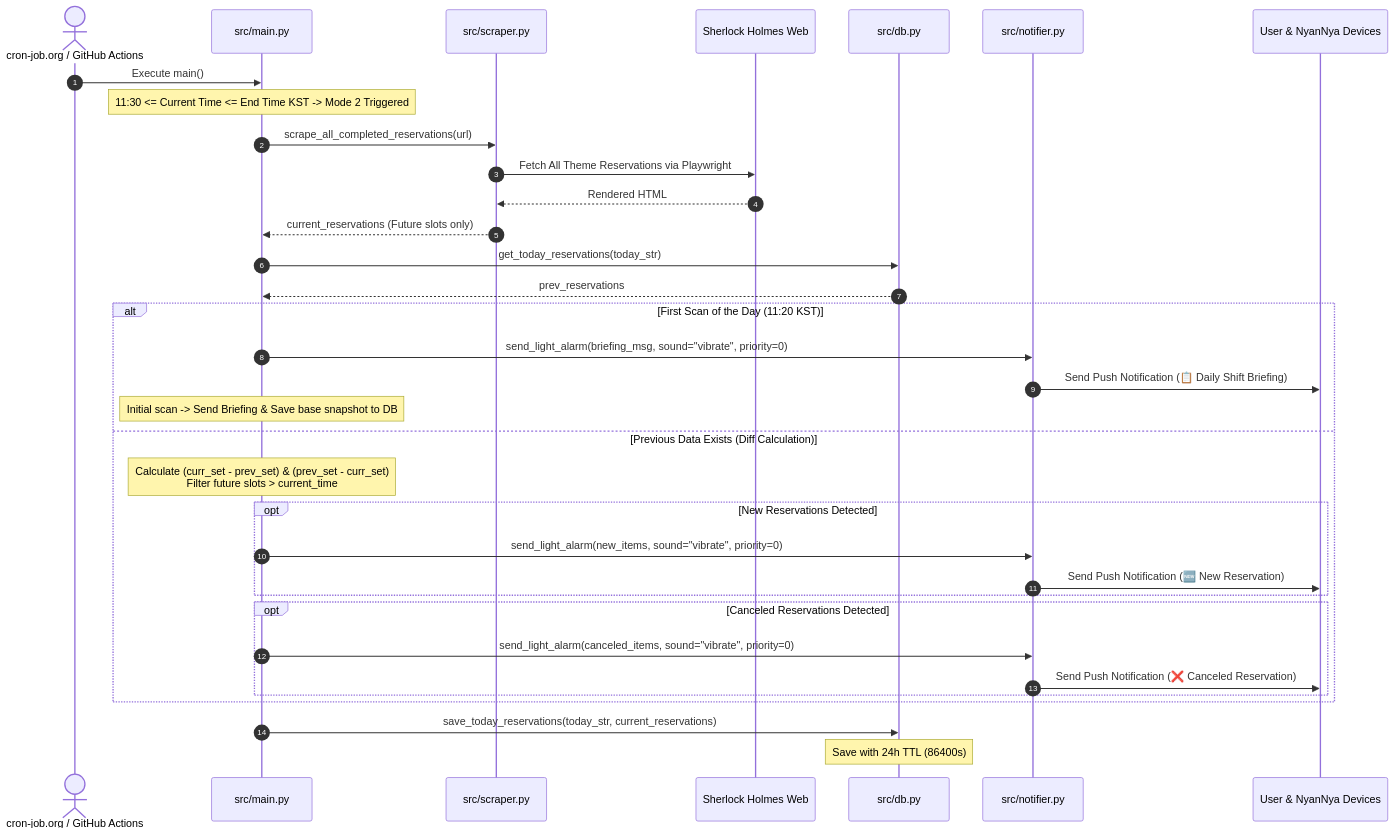
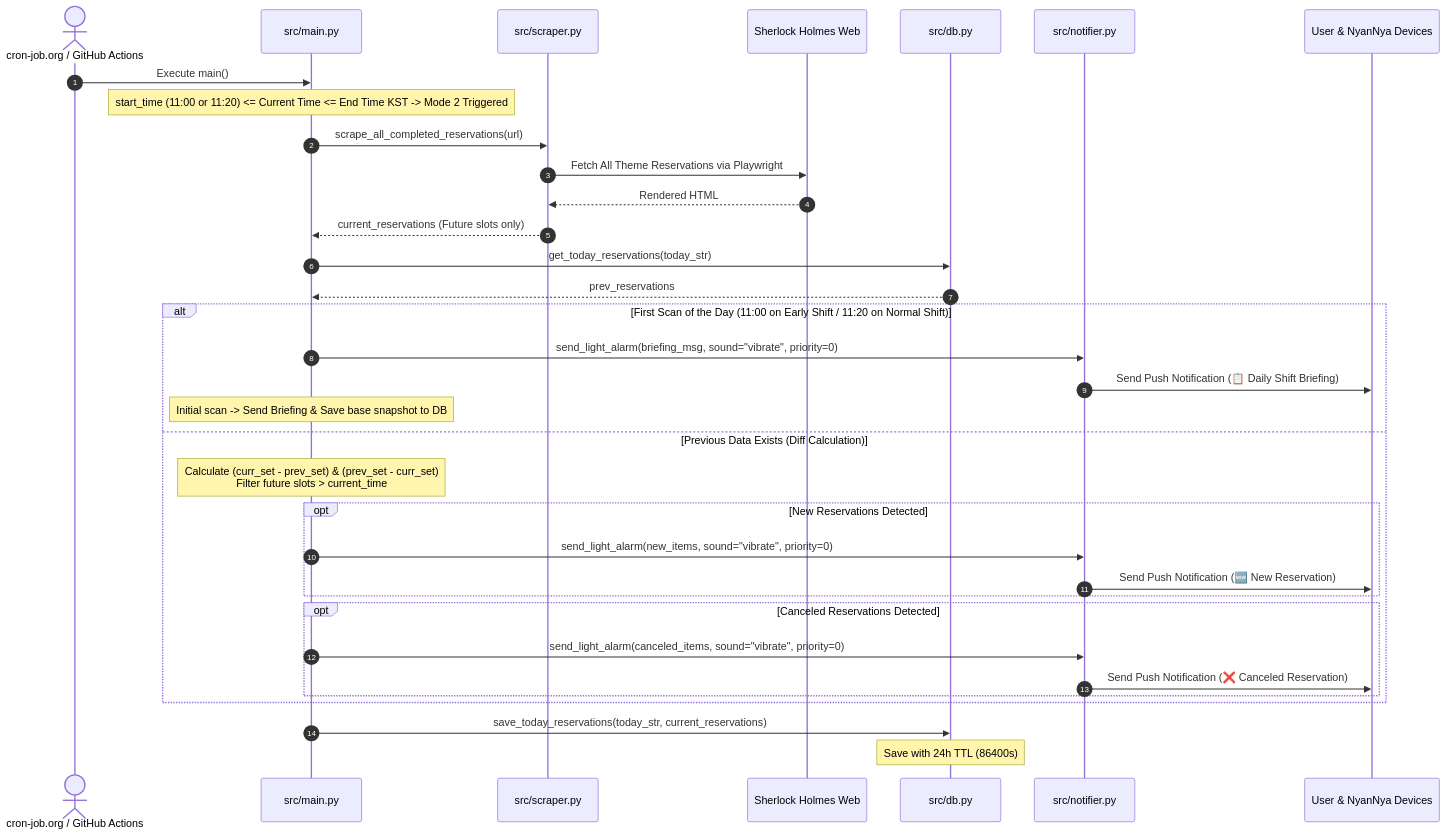
One commit to hashjamm/nyannya_molert changed the third of 4 diagrams in ARCHITECTURE.md. Above: the diagram before and after it, drawn with Mermaid. The commit also changed other lines of this file and 5 other files, not shown here.

````diff
--- a/ARCHITECTURE.md
+++ b/ARCHITECTURE.md
@@ -122,42 +123,42 @@
 ```mermaid
 sequenceDiagram
     autonumber
     actor Scheduler as cron-job.org / GitHub Actions
     participant Main as src/main.py
     participant Scraper as src/scraper.py
     participant Site as Sherlock Holmes Web
     participant DB as src/db.py
     participant Notifier as src/notifier.py
     participant Mobile as User & NyanNya Devices
 
     Scheduler->>Main: Execute main()
-    Note over Main: 11:30 <= Current Time <= End Time KST -> Mode 2 Triggered
+    Note over Main: start_time (11:00 or 11:20) <= Current Time <= End Time KST -> Mode 2 Triggered
 
     Main->>Scraper: scrape_all_completed_reservations(url)
     Scraper->>Site: Fetch All Theme Reservations via Playwright
     Site-->>Scraper: Rendered HTML
     Scraper-->>Main: current_reservations (Future slots only)
 
     Main->>DB: get_today_reservations(today_str)
     DB-->>Main: prev_reservations
 
-    alt First Scan of the Day (11:20 KST)
+    alt First Scan of the Day (11:00 on Early Shift / 11:20 on Normal Shift)
         Main->>Notifier: send_light_alarm(briefing_msg, sound="vibrate", priority=0)
         Notifier->>Mobile: Send Push Notification (📋 Daily Shift Briefing)
         Note over Main: Initial scan -> Send Briefing & Save base snapshot to DB
     else Previous Data Exists (Diff Calculation)
 
         Note over Main: Calculate (curr_set - prev_set) & (prev_set - curr_set)<br/>Filter future slots > current_time
         opt New Reservations Detected
             Main->>Notifier: send_light_alarm(new_items, sound="vibrate", priority=0)
             Notifier->>Mobile: Send Push Notification (🆕 New Reservation)
         end
         opt Canceled Reservations Detected
             Main->>Notifier: send_light_alarm(canceled_items, sound="vibrate", priority=0)
             Notifier->>Mobile: Send Push Notification (❌ Canceled Reservation)
         end
     end
 
     Main->>DB: save_today_reservations(today_str, current_reservations)
     Note over DB: Save with 24h TTL (86400s)
 ```
````
